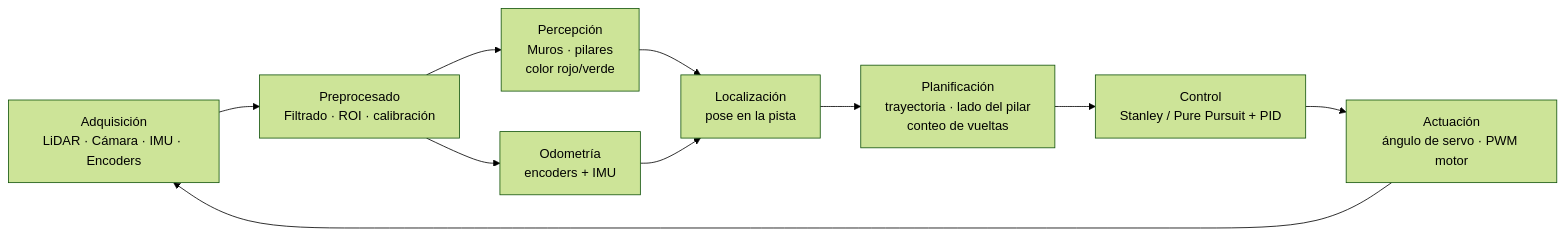
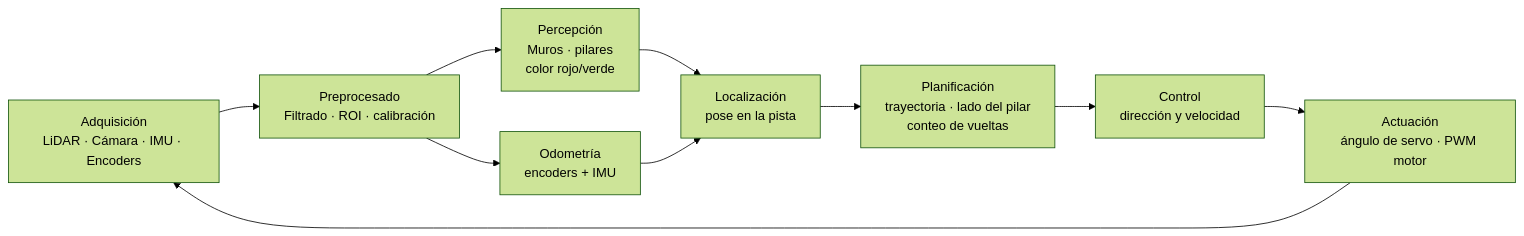
Before and after one commit to Eddym06/AutoNex: the second of 3 diagrams in README.md, drawn with Mermaid (forest theme). The commit also changed other lines of this file and 213 other files, not shown here.

````diff
--- a/README.md
+++ b/README.md
@@ -149,12 +154,12 @@
 ```mermaid
 flowchart LR
     A["Adquisición<br/>LiDAR · Cámara · IMU · Encoders"] --> B["Preprocesado<br/>Filtrado · ROI · calibración"]
     B --> C["Percepción<br/>Muros · pilares<br/>color rojo/verde"]
     B --> D["Odometría<br/>encoders + IMU"]
     C --> E["Localización<br/>pose en la pista"]
     D --> E
     E --> F["Planificación<br/>trayectoria · lado del pilar<br/>conteo de vueltas"]
-    F --> G["Control<br/>Stanley / Pure Pursuit + PID"]
+    F --> G["Control<br/>dirección y velocidad"]
     G --> H["Actuación<br/>ángulo de servo · PWM motor"]
     H --> A
 ```
````
